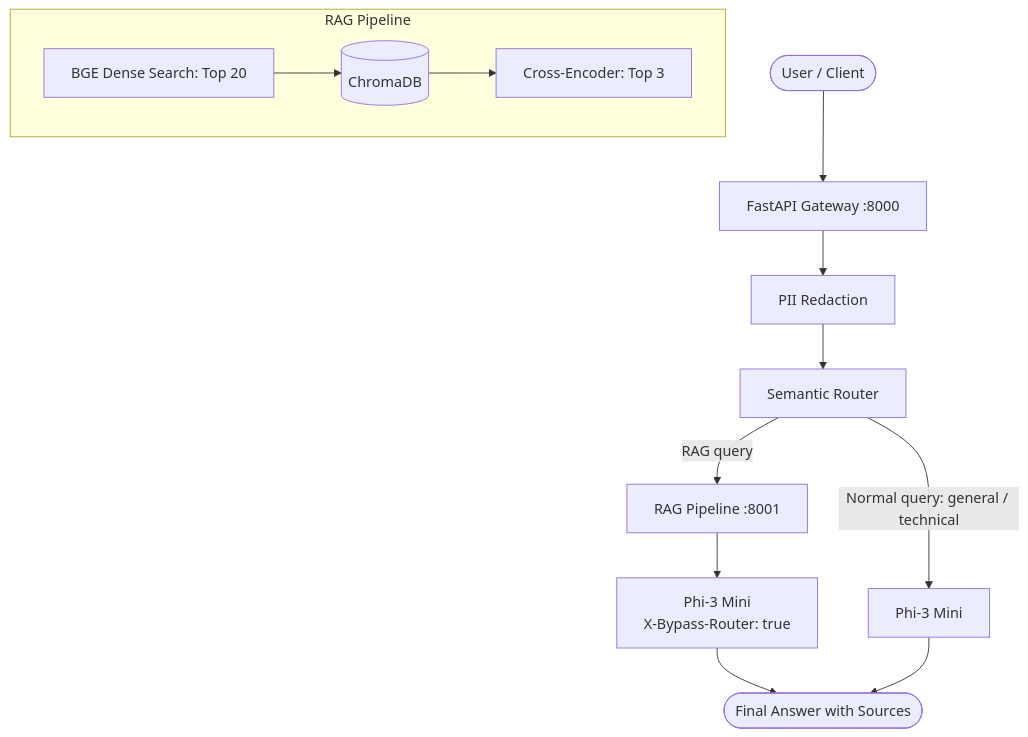
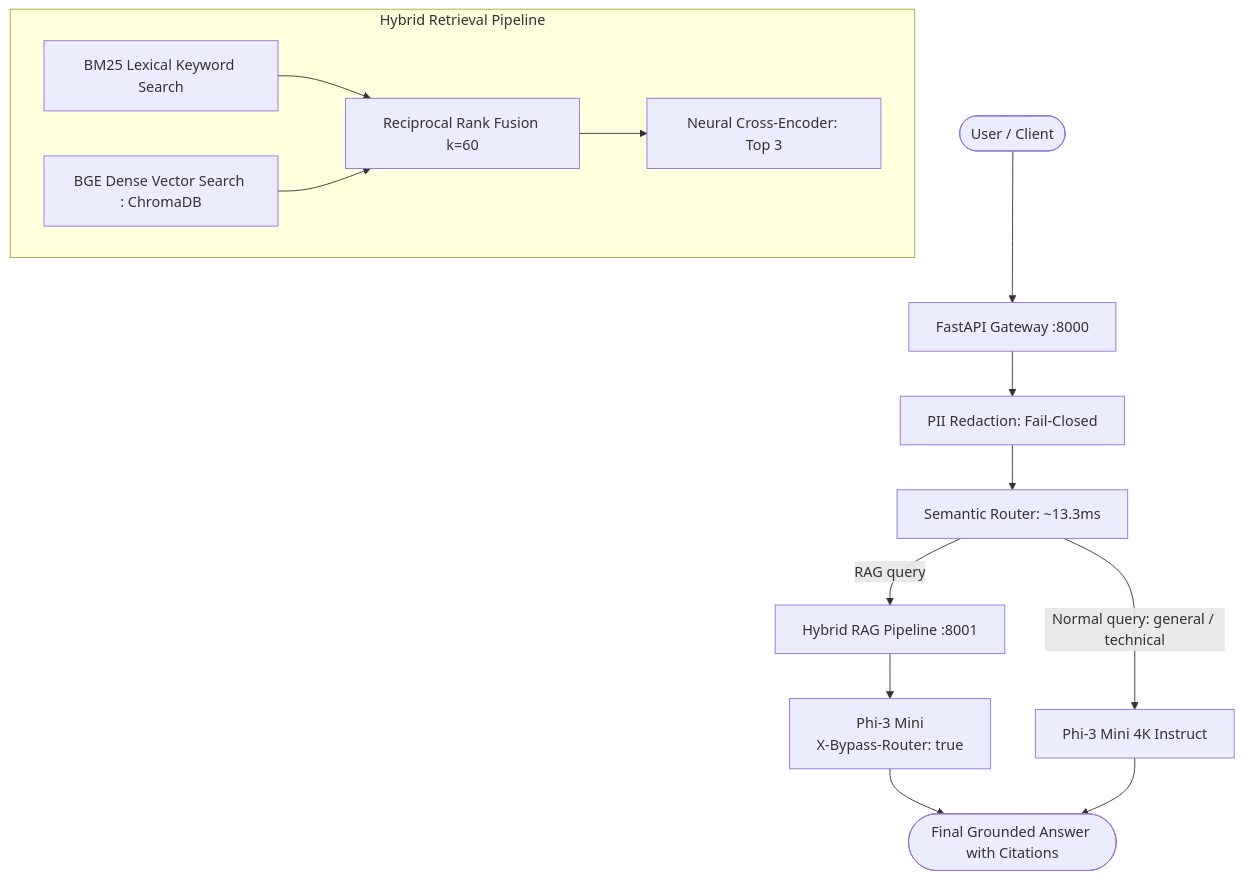
One commit to LakshyaK04/Ericsson-SLM-Gateway changed the diagram in README.md. Above: the diagram before and after it, drawn with Mermaid. The commit also changed other lines of this file and 41 other files, not shown here.

````diff
--- a/README.md
+++ b/README.md
@@ -51,21 +56,23 @@
 ```mermaid
 graph TD
     Client([User / Client]) --> Gateway[FastAPI Gateway :8000]
-    Gateway --> PII[PII Redaction]
-    PII --> Router[Semantic Router]
+    Gateway --> PII[PII Redaction: Fail-Closed]
+    PII --> Router[Semantic Router: ~13.3ms]
     
-    Router -->|Normal query: general / technical| LocalModel[Phi-3 Mini]
-    Router -->|RAG query| RAG[RAG Pipeline :8001]
+    Router -->|Normal query: general / technical| LocalModel[Phi-3 Mini 4K Instruct]
+    Router -->|RAG query| RAG[Hybrid RAG Pipeline :8001]
     
-    subgraph RAG Pipeline
-        Search[BGE Dense Search: Top 20]
-        Store[(ChromaDB)]
-        Rerank[Cross-Encoder: Top 3]
-        Search --> Store
-        Store --> Rerank
+    subgraph Hybrid Retrieval Pipeline
+        BM25[BM25 Lexical Keyword Search]
+        Dense[BGE Dense Vector Search : ChromaDB]
+        RRF[Reciprocal Rank Fusion k=60]
+        Rerank[Neural Cross-Encoder: Top 3]
+        BM25 --> RRF
+        Dense --> RRF
+        RRF --> Rerank
     end
     
     RAG --> GroundedModel[Phi-3 Mini<br/>X-Bypass-Router: true]
-    GroundedModel --> Answer([Final Answer with Sources])
+    GroundedModel --> Answer([Final Grounded Answer with Citations])
     LocalModel --> Answer
 ```
````
